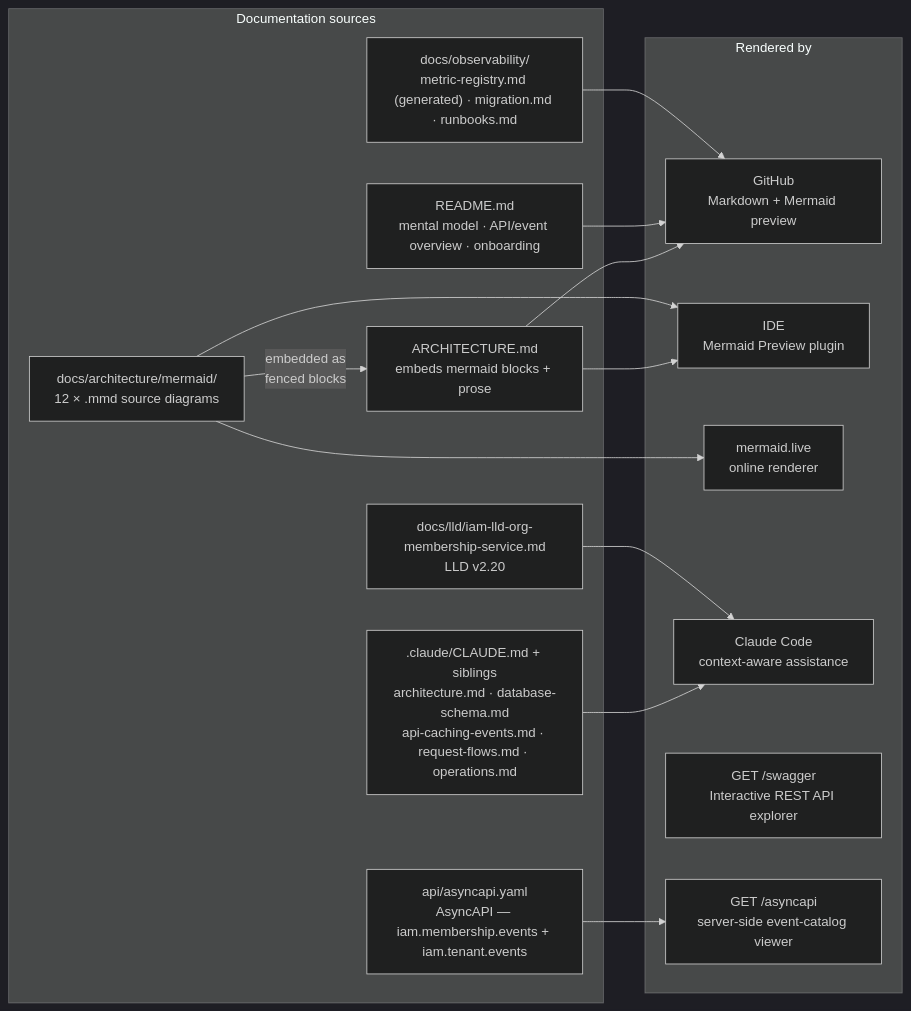
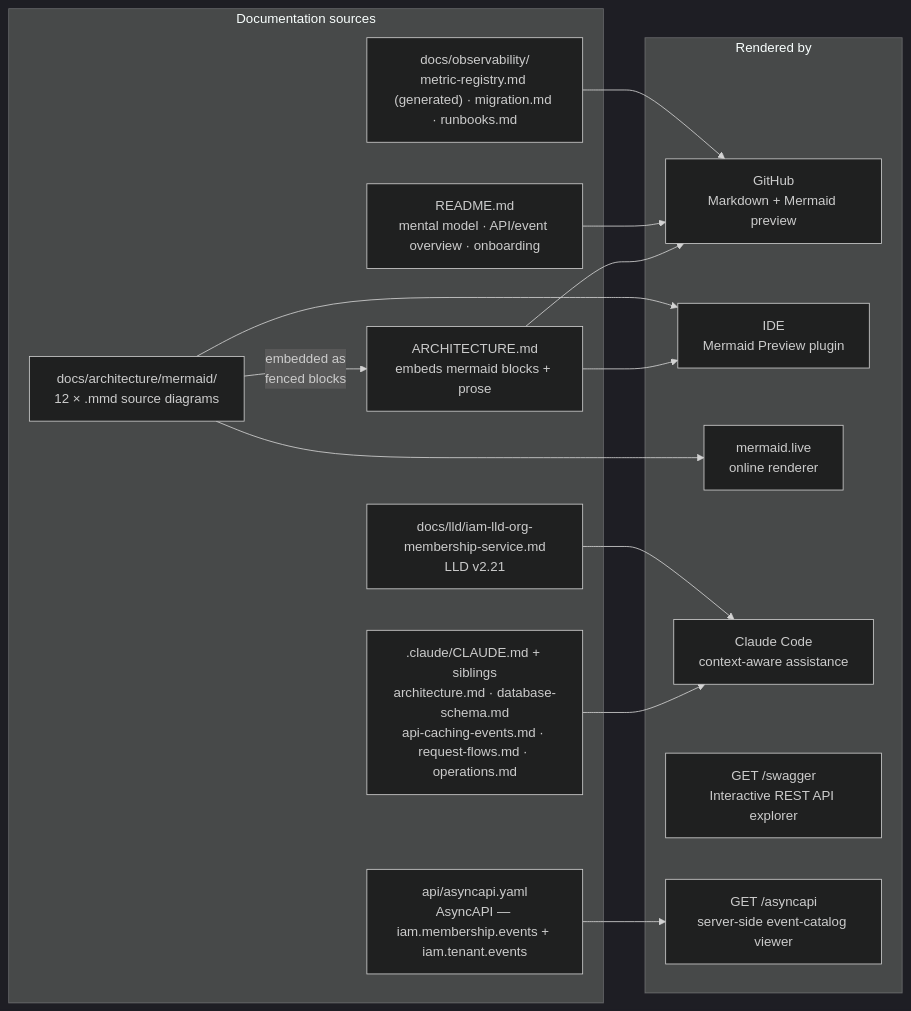
Diagram 13 of 13 in ARCHITECTURE.md (BCBP-SOLUTIONS-FZC-LLC/iam-org-membership), drawn with Mermaid (dark theme) before and after one commit. The commit also changed other lines of this file and 74 other files, not shown here.

First line of the commit message:
feat(iam): commercial HLD gaps resolved + CD-37/19/20 hardening + dep maintenance (LLD v2.28) (#19)

````diff
--- a/ARCHITECTURE.md
+++ b/ARCHITECTURE.md
@@ -1350,30 +1350,30 @@
 ```mermaid
 graph LR
     subgraph sources["Documentation sources"]
         mmd["docs/architecture/mermaid/\n12 × .mmd source diagrams"]
         arch["ARCHITECTURE.md\nembeds mermaid blocks + prose"]
         claude[".claude/CLAUDE.md + siblings\narchitecture.md · database-schema.md\napi-caching-events.md · request-flows.md · operations.md"]
         readme["README.md\nmental model · API/event overview · onboarding"]
         asyncapi_yaml["api/asyncapi.yaml\nAsyncAPI — iam.membership.events + iam.tenant.events"]
-        lld["docs/lld/iam-lld-org-membership-service.md\nLLD v2.20"]
+        lld["docs/lld/iam-lld-org-membership-service.md\nLLD v2.21"]
         obsdocs["docs/observability/\nmetric-registry.md (generated) · migration.md · runbooks.md"]
     end
 
     subgraph rendered["Rendered by"]
         github["GitHub\nMarkdown + Mermaid preview"]
         ide["IDE\nMermaid Preview plugin"]
         live["mermaid.live\nonline renderer"]
         claude_ai["Claude Code\ncontext-aware assistance"]
         swagger_viewer["GET /swagger\nInteractive REST API explorer"]
         asyncapi_viewer["GET /asyncapi\nserver-side event-catalog viewer"]
     end
 
     mmd  -->|"embedded as\nfenced blocks"| arch
     arch --> github & ide
     mmd  --> live & ide
     claude --> claude_ai
     readme --> github
     lld --> claude_ai
     obsdocs --> github
     asyncapi_yaml --> asyncapi_viewer
 ```
````
